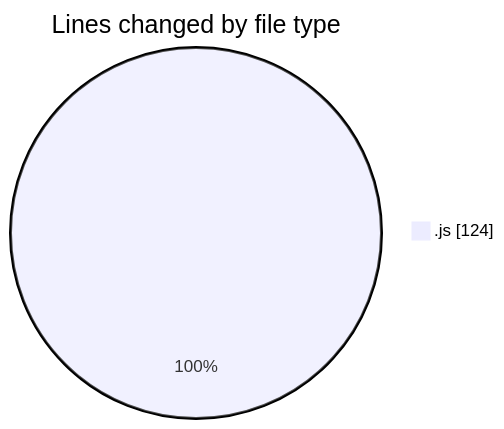
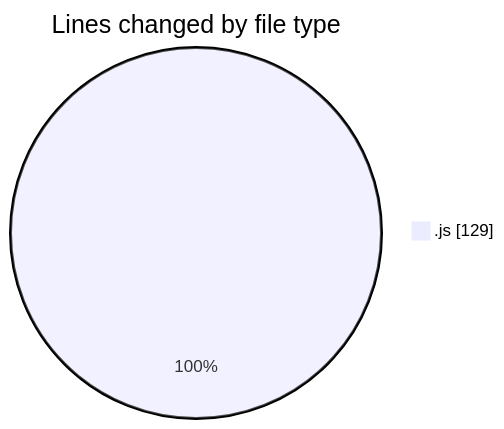
Before and after one commit to Ritupan-Deka/code-tracking: the first of 2 diagrams in 2025-07-22/javascript/README.md, drawn with Mermaid. The commit also changed other lines of this file and 1 other file, not shown here.

````diff
--- a/2025-07-22/javascript/README.md
+++ b/2025-07-22/javascript/README.md
@@ -20,5 +21,5 @@
 ```mermaid
 pie showData
 title Lines changed by file type
-".js" : 124
+".js" : 129
 ```
````
